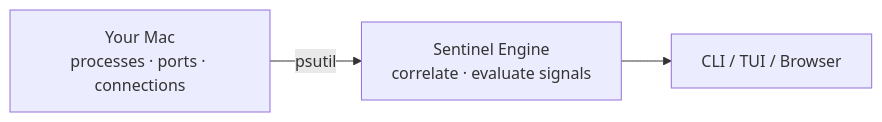
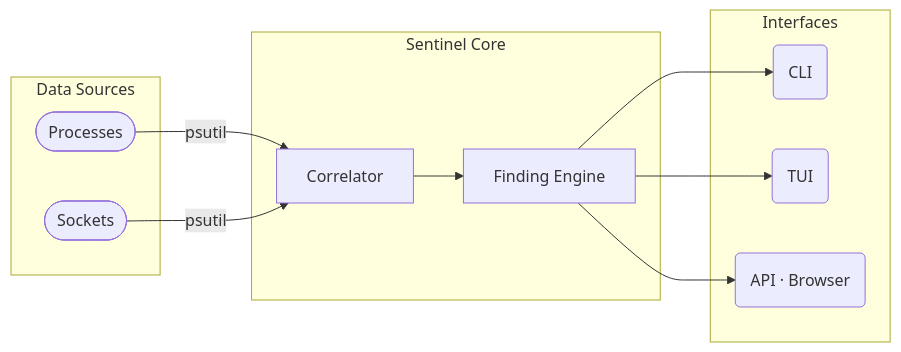
The first of 2 diagrams in README.md (EyuelAbebe/sentinel), drawn with Mermaid before and after one commit. The commit also changed other lines of this file and 15 other files, not shown here.

First line of the commit message:
feat: browser dashboard, TUI horizontal layouts, data classification

````diff
--- a/README.md
+++ b/README.md
@@ -47,7 +79,20 @@
 ```mermaid
 flowchart LR
-    Mac["Your Mac\nprocesses · ports · connections"]
-    Engine["Sentinel Engine\ncorrelate · evaluate signals"]
-    Out["CLI / TUI / Browser"]
-    Mac -->|psutil| Engine --> Out
+    subgraph Sources[" Data Sources "]
+        P([Processes])
+        S([Sockets])
+    end
+
+    subgraph Core[" Sentinel Core "]
+        C[Correlator]
+        F[Finding Engine]
+    end
+
+    subgraph Out[" Interfaces "]
+        CLI(CLI)
+        TUI(TUI)
+        API(API · Browser)
+    end
+
+    P & S -->|psutil| C --> F --> CLI & TUI & API
 ```
````
